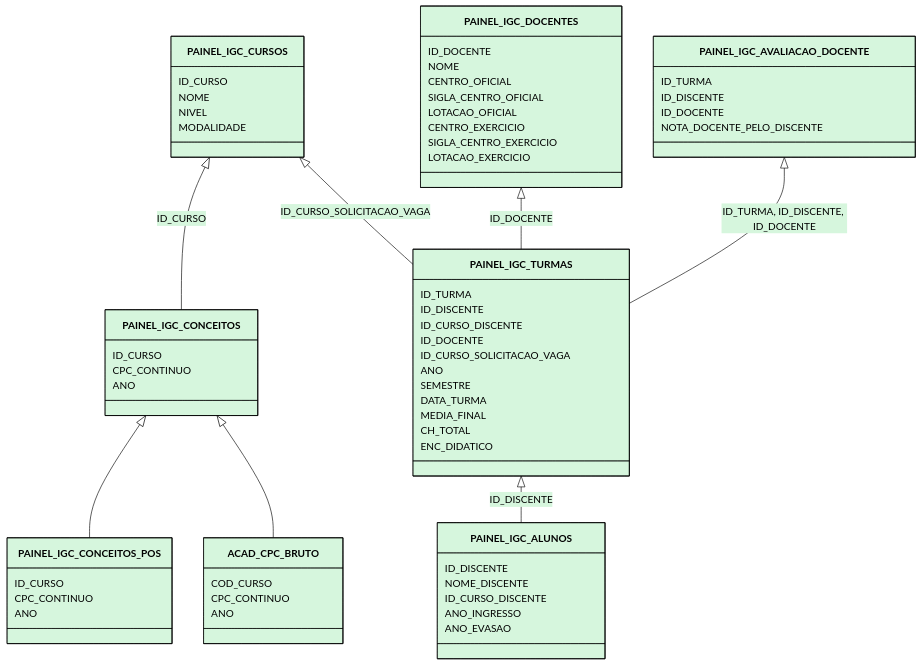
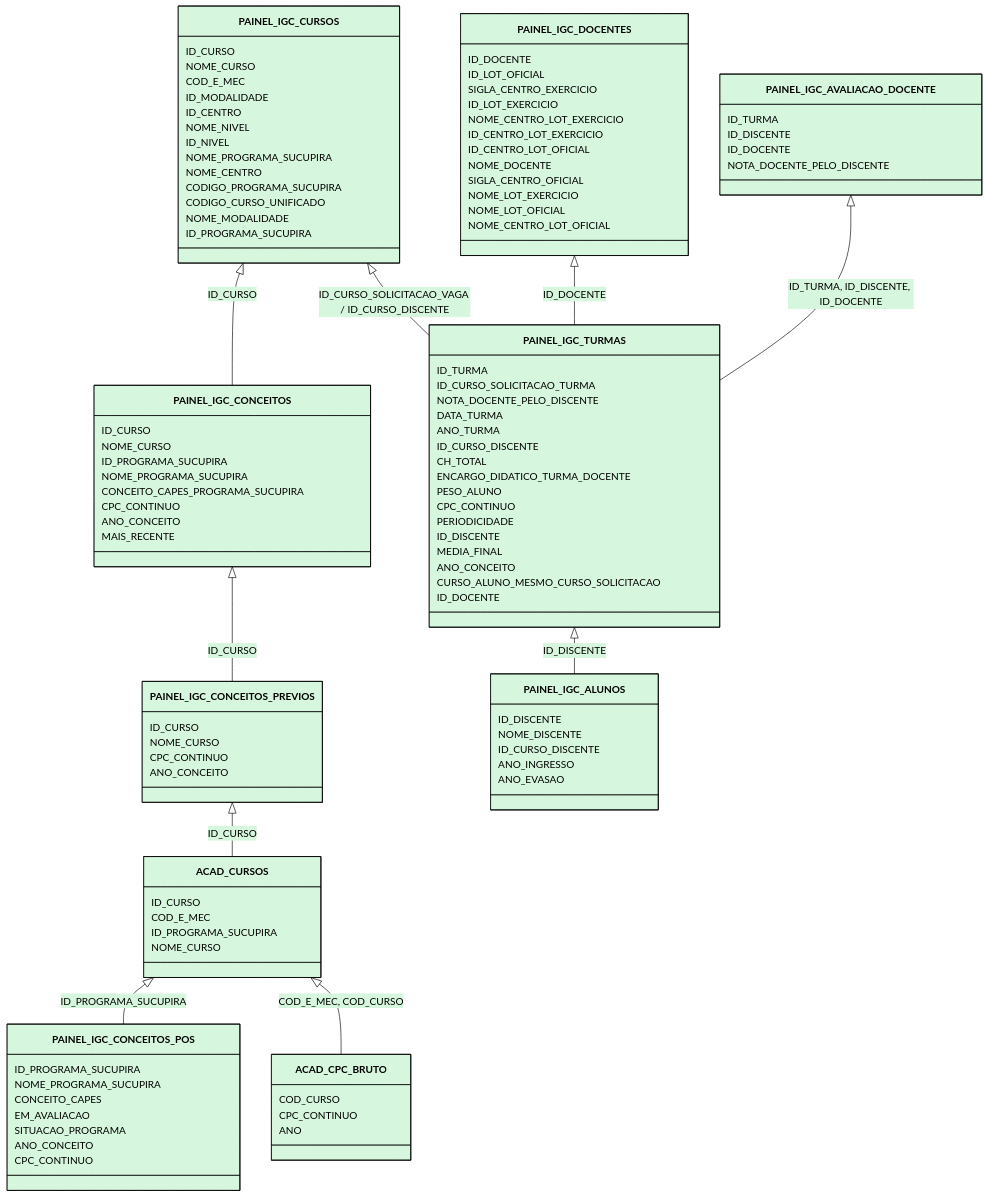
Before and after one commit to COPLIN-UFSM/ICDC: the diagram in VIEWS.md, drawn with Mermaid.

Commit message:
improved diagram

````diff
--- a/VIEWS.md
+++ b/VIEWS.md
@@ -373,12 +373,38 @@
 classDiagram
     PAINEL_IGC_CURSOS <|-- PAINEL_IGC_CONCEITOS : ID_CURSO
     PAINEL_IGC_DOCENTES <|-- PAINEL_IGC_TURMAS : ID_DOCENTE
-    PAINEL_IGC_CURSOS <|-- PAINEL_IGC_TURMAS : ID_CURSO_SOLICITACAO_VAGA
-    PAINEL_IGC_CONCEITOS <|-- PAINEL_IGC_CONCEITOS_POS 
-    PAINEL_IGC_CONCEITOS <|-- ACAD_CPC_BRUTO
+    PAINEL_IGC_CURSOS <|-- PAINEL_IGC_TURMAS : ID_CURSO_SOLICITACAO_VAGA / ID_CURSO_DISCENTE
+    PAINEL_IGC_CONCEITOS <|-- PAINEL_IGC_CONCEITOS_PREVIOS : ID_CURSO
+    ACAD_CURSOS <|-- PAINEL_IGC_CONCEITOS_POS : ID_PROGRAMA_SUCUPIRA
+    PAINEL_IGC_CONCEITOS_PREVIOS <|-- ACAD_CURSOS : ID_CURSO
+    ACAD_CURSOS <|-- ACAD_CPC_BRUTO : COD_E_MEC, COD_CURSO
     PAINEL_IGC_AVALIACAO_DOCENTE <|-- PAINEL_IGC_TURMAS  : ID_TURMA, ID_DISCENTE, ID_DOCENTE
 
     PAINEL_IGC_TURMAS <|-- PAINEL_IGC_ALUNOS  : ID_DISCENTE
+
+    class PAINEL_IGC_CONCEITOS_PREVIOS {
+        ID_CURSO
+        NOME_CURSO
+        CPC_CONTINUO
+        ANO_CONCEITO
+    }
+
+    class PAINEL_IGC_CONCEITOS_POS {
+        ID_PROGRAMA_SUCUPIRA
+        NOME_PROGRAMA_SUCUPIRA
+        CONCEITO_CAPES
+        EM_AVALIACAO
+        SITUACAO_PROGRAMA
+        ANO_CONCEITO
+        CPC_CONTINUO
+    }
+
+    class ACAD_CURSOS {
+        ID_CURSO
+        COD_E_MEC
+        ID_PROGRAMA_SUCUPIRA
+        NOME_CURSO
+    }
 
     class ACAD_CPC_BRUTO {
         COD_CURSO
@@ -386,34 +412,46 @@
         ANO
     }
 
-    class PAINEL_IGC_CONCEITOS_POS {
-        ID_CURSO
-        CPC_CONTINUO
-        ANO
-    }
-
     class PAINEL_IGC_CONCEITOS {
         ID_CURSO
+        NOME_CURSO
+        ID_PROGRAMA_SUCUPIRA
+        NOME_PROGRAMA_SUCUPIRA
+        CONCEITO_CAPES_PROGRAMA_SUCUPIRA
         CPC_CONTINUO
-        ANO
+        ANO_CONCEITO
+        MAIS_RECENTE
     }
 
     class PAINEL_IGC_CURSOS {
-      ID_CURSO
-      NOME
-      NIVEL
-      MODALIDADE
+        ID_CURSO
+        NOME_CURSO
+        COD_E_MEC
+        ID_MODALIDADE
+        ID_CENTRO
+        NOME_NIVEL
+        ID_NIVEL
+        NOME_PROGRAMA_SUCUPIRA
+        NOME_CENTRO
+        CODIGO_PROGRAMA_SUCUPIRA
+        CODIGO_CURSO_UNIFICADO
+        NOME_MODALIDADE
+        ID_PROGRAMA_SUCUPIRA
     }
 
     class PAINEL_IGC_DOCENTES {
         ID_DOCENTE
-        NOME
-        CENTRO_OFICIAL
+        ID_LOT_OFICIAL
+        SIGLA_CENTRO_EXERCICIO
+        ID_LOT_EXERCICIO
+        NOME_CENTRO_LOT_EXERCICIO
+        ID_CENTRO_LOT_EXERCICIO
+        ID_CENTRO_LOT_OFICIAL
+        NOME_DOCENTE
         SIGLA_CENTRO_OFICIAL
-        LOTACAO_OFICIAL
-        CENTRO_EXERCICIO
-        SIGLA_CENTRO_EXERCICIO
-        LOTACAO_EXERCICIO
+        NOME_LOT_EXERCICIO
+        NOME_LOT_OFICIAL
+        NOME_CENTRO_LOT_OFICIAL
     }
 
     class PAINEL_IGC_ALUNOS {
@@ -432,16 +470,21 @@
     }
 
     class PAINEL_IGC_TURMAS {
-      ID_TURMA
-      ID_DISCENTE
-      ID_CURSO_DISCENTE
-      ID_DOCENTE
-      ID_CURSO_SOLICITACAO_VAGA
-      ANO
-      SEMESTRE
-      DATA_TURMA
-      MEDIA_FINAL
-      CH_TOTAL
-      ENC_DIDATICO
+        ID_TURMA
+        ID_CURSO_SOLICITACAO_TURMA
+        NOTA_DOCENTE_PELO_DISCENTE
+        DATA_TURMA
+        ANO_TURMA
+        ID_CURSO_DISCENTE
+        CH_TOTAL
+        ENCARGO_DIDATICO_TURMA_DOCENTE
+        PESO_ALUNO
+        CPC_CONTINUO
+        PERIODICIDADE
+        ID_DISCENTE
+        MEDIA_FINAL
+        ANO_CONCEITO
+        CURSO_ALUNO_MESMO_CURSO_SOLICITACAO
+        ID_DOCENTE
     }
 ```
````
